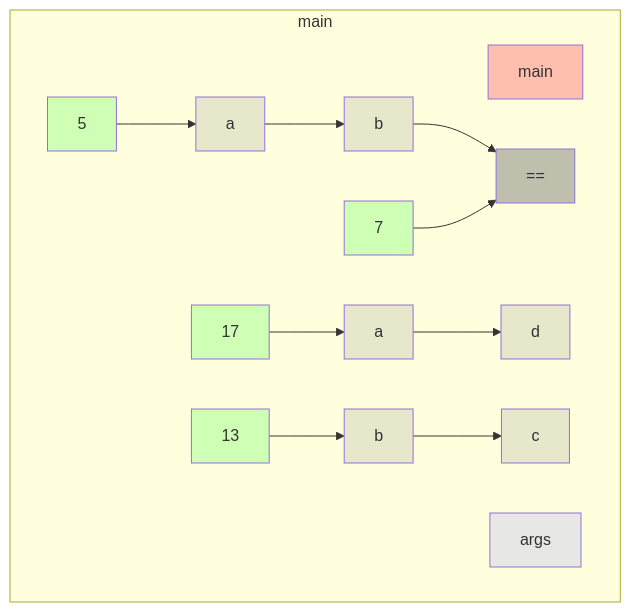
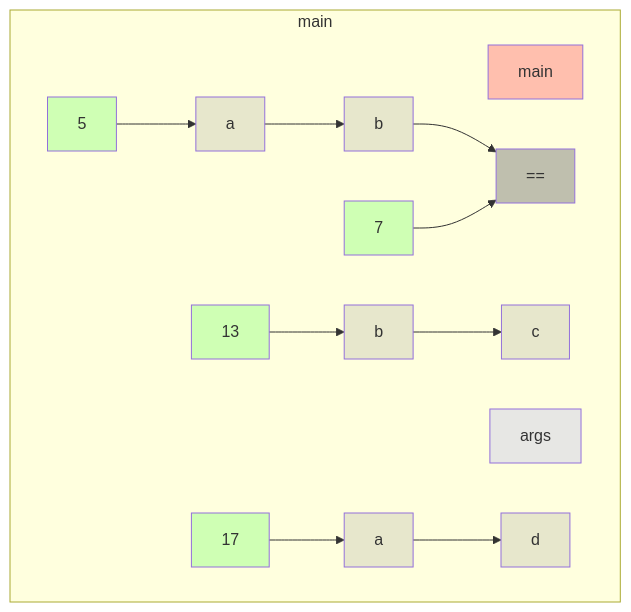
One commit to gstiebler/codeflow changed the diagram in app/src/test/resources/if1/truth.md. Above: the diagram before and after it, drawn with Mermaid. The commit also changed 16 other files, not shown here.

````diff
--- a/app/src/test/resources/if1/truth.md
+++ b/app/src/test/resources/if1/truth.md
@@ -1,31 +1,31 @@
 ```mermaid
 flowchart TD
   subgraph 4309014["main"]
-    -777998350[5]:::LITERAL
-    -777997610[a]:::VARIABLE
-    -777997553[b]:::VARIABLE
-    -777997542[7]:::LITERAL
-    -777996546[c]:::VARIABLE
-    -777995790[d]:::VARIABLE
-    -777971724[13]:::LITERAL
-    -777971535[17]:::LITERAL
-    -777965298[==]:::BIN_OP
-    -727013490[args]:::FUNC_PARAM
+    -397614065[d]:::VARIABLE
     12485[a]:::VARIABLE
     12502[b]:::VARIABLE
     56853577[main]:::RETURN
-    -777998350[5]:::LITERAL --> -777997610[a]:::VARIABLE
-    -777997610[a]:::VARIABLE --> -777997553[b]:::VARIABLE
-    -777997553[b]:::VARIABLE --> -777965298[==]:::BIN_OP
-    -777997542[7]:::LITERAL --> -777965298[==]:::BIN_OP
-    -777971724[13]:::LITERAL --> 12502[b]:::VARIABLE
-    -777971535[17]:::LITERAL --> 12485[a]:::VARIABLE
-    12485[a]:::VARIABLE --> -777995790[d]:::VARIABLE
-    12502[b]:::VARIABLE --> -777996546[c]:::VARIABLE
+    1649928516[a]:::VARIABLE
+    1649929821[5]:::LITERAL
+    1649934307[b]:::VARIABLE
+    1649962372[7]:::LITERAL
+    1649992849[==]:::BIN_OP
+    1650014294[13]:::LITERAL
+    1650046038[17]:::LITERAL
+    1650048582[c]:::VARIABLE
+    1700884858[args]:::FUNC_PARAM
+    12485[a]:::VARIABLE --> -397614065[d]:::VARIABLE
+    12502[b]:::VARIABLE --> 1650048582[c]:::VARIABLE
+    1649928516[a]:::VARIABLE --> 1649934307[b]:::VARIABLE
+    1649929821[5]:::LITERAL --> 1649928516[a]:::VARIABLE
+    1649934307[b]:::VARIABLE --> 1649992849[==]:::BIN_OP
+    1649962372[7]:::LITERAL --> 1649992849[==]:::BIN_OP
+    1650014294[13]:::LITERAL --> 12502[b]:::VARIABLE
+    1650046038[17]:::LITERAL --> 12485[a]:::VARIABLE
   end
   classDef LITERAL fill:#00FF0030
   classDef VARIABLE fill:#80808030
   classDef BIN_OP fill:#80808080
   classDef FUNC_PARAM fill:#8080FF30
   classDef RETURN fill:#FF808080
 ```
````
